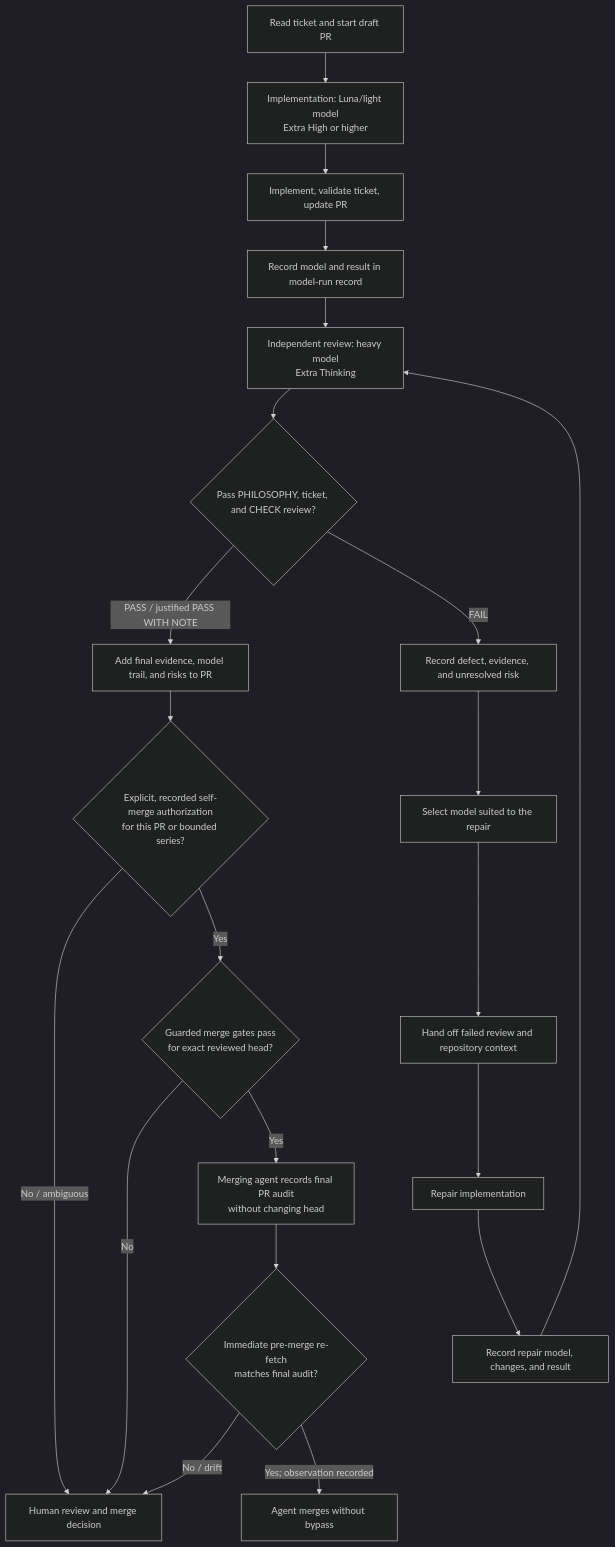
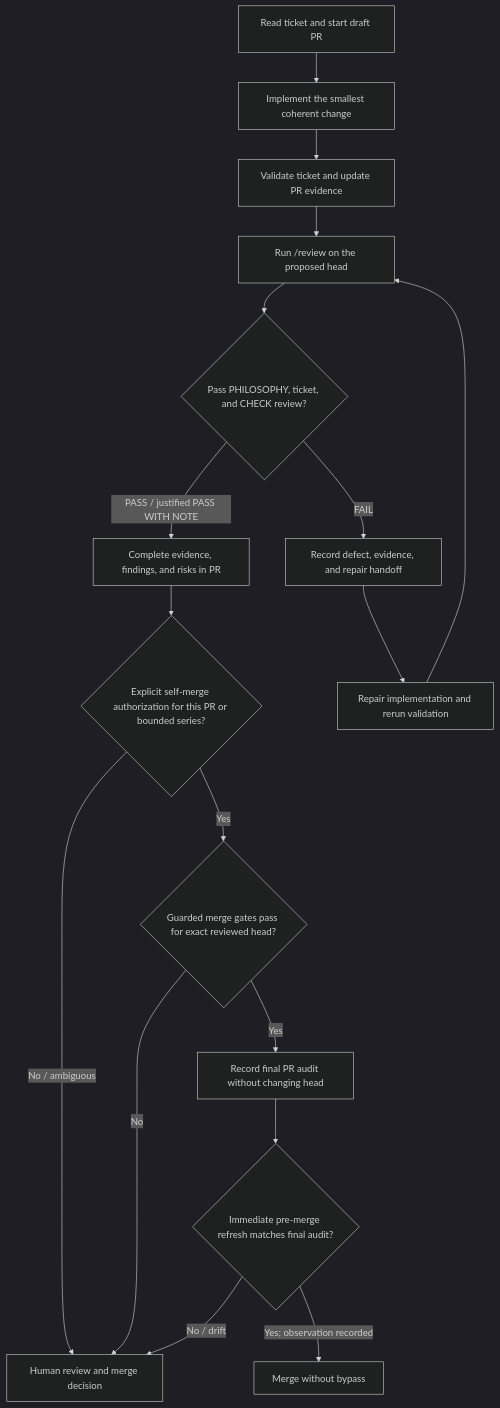
The diagram in docs/agent-model-workflow.md (Ayumu-J-S/llm_scratch), drawn with Mermaid (dark theme) before and after one commit. The commit also changed other lines of this file and 12 other files, not shown here.

Commit message:
docs: retire agent model provenance tracking

````diff
--- a/docs/agent-model-workflow.md
+++ b/docs/agent-model-workflow.md
@@ -68,23 +60,19 @@
 ```mermaid
 flowchart TD
-    A["Read ticket and start draft PR"] --> B["Implementation: Luna/light model<br/>Extra High or higher"]
-    B --> C["Implement, validate ticket, update PR"]
-    C --> D["Record model and result in model-run record"]
-    D --> E["Independent review: heavy model<br/>Extra Thinking"]
-    E --> F{"Pass PHILOSOPHY, ticket, and CHECK review?"}
-    F -->|"PASS / justified PASS WITH NOTE"| G["Add final evidence, model trail, and risks to PR"]
-    F -->|"FAIL"| H["Record defect, evidence, and unresolved risk"]
-    H --> I["Select model suited to the repair"]
-    I --> J["Hand off failed review and repository context"]
-    J --> K["Repair implementation"]
-    K --> L["Record repair model, changes, and result"]
-    L --> E
-    G --> M{"Explicit, recorded self-merge authorization<br/>for this PR or bounded series?"}
-    M -->|"No / ambiguous"| N["Human review and merge decision"]
-    M -->|"Yes"| O{"Guarded merge gates pass<br/>for exact reviewed head?"}
-    O -->|"No"| N
-    O -->|"Yes"| P["Merging agent records final PR audit<br/>without changing head"]
-    P --> R{"Immediate pre-merge re-fetch<br/>matches final audit?"}
-    R -->|"No / drift"| N
-    R -->|"Yes; observation recorded"| Q["Agent merges without bypass"]
+    A["Read ticket and start draft PR"] --> B["Implement the smallest coherent change"]
+    B --> C["Validate ticket and update PR evidence"]
+    C --> D["Run /review on the proposed head"]
+    D --> E{"Pass PHILOSOPHY, ticket, and CHECK review?"}
+    E -->|"PASS / justified PASS WITH NOTE"| F["Complete evidence, findings, and risks in PR"]
+    E -->|"FAIL"| G["Record defect, evidence, and repair handoff"]
+    G --> H["Repair implementation and rerun validation"]
+    H --> D
+    F --> I{"Explicit self-merge authorization for this PR or bounded series?"}
+    I -->|"No / ambiguous"| J["Human review and merge decision"]
+    I -->|"Yes"| K{"Guarded merge gates pass for exact reviewed head?"}
+    K -->|"No"| J
+    K -->|"Yes"| L["Record final PR audit without changing head"]
+    L --> M{"Immediate pre-merge refresh matches final audit?"}
+    M -->|"No / drift"| J
+    M -->|"Yes; observation recorded"| N["Merge without bypass"]
 ```
````
